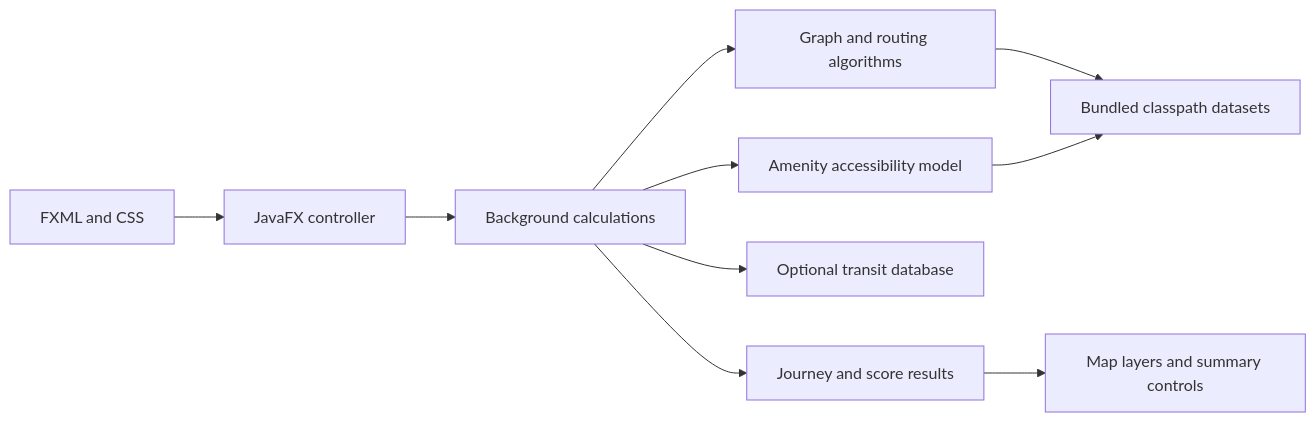
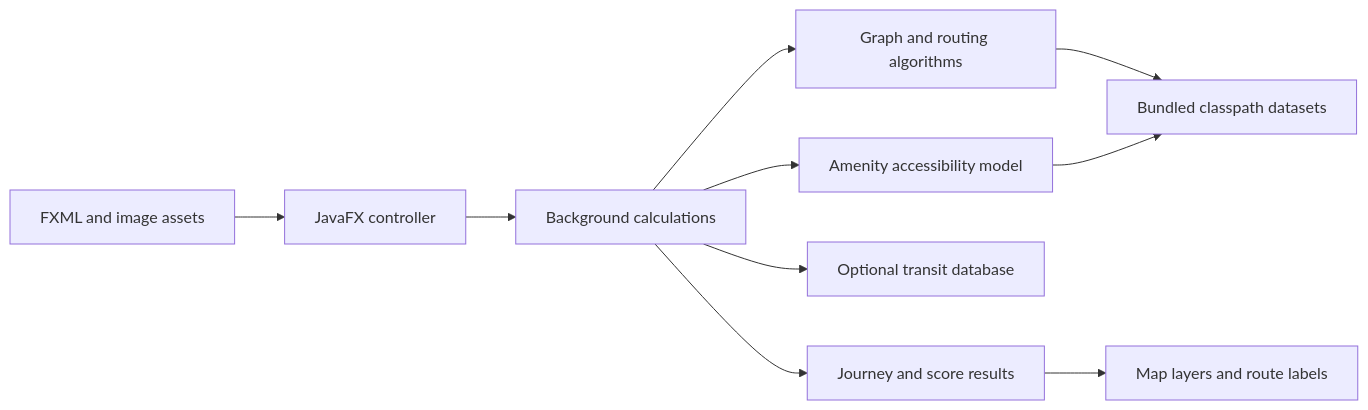
One commit to sarpery/Transitor changed the diagram in docs/architecture.md. Above: the diagram before and after it, drawn with Mermaid. The commit also changed other lines of this file and 30 other files, not shown here.

````diff
--- a/docs/architecture.md
+++ b/docs/architecture.md
@@ -5,12 +5,12 @@
 ```mermaid
 flowchart LR
-    View[FXML and CSS] --> UI[JavaFX controller]
+    View[FXML and image assets] --> UI[JavaFX controller]
     UI --> Tasks[Background calculations]
     Tasks --> Routes[Graph and routing algorithms]
     Tasks --> Scores[Amenity accessibility model]
     Tasks --> Transit[Optional transit database]
     Routes --> Data[Bundled classpath datasets]
     Scores --> Data
     Tasks --> Results[Journey and score results]
-    Results --> Layers[Map layers and summary controls]
+    Results --> Layers[Map layers and route labels]
 ```
````
